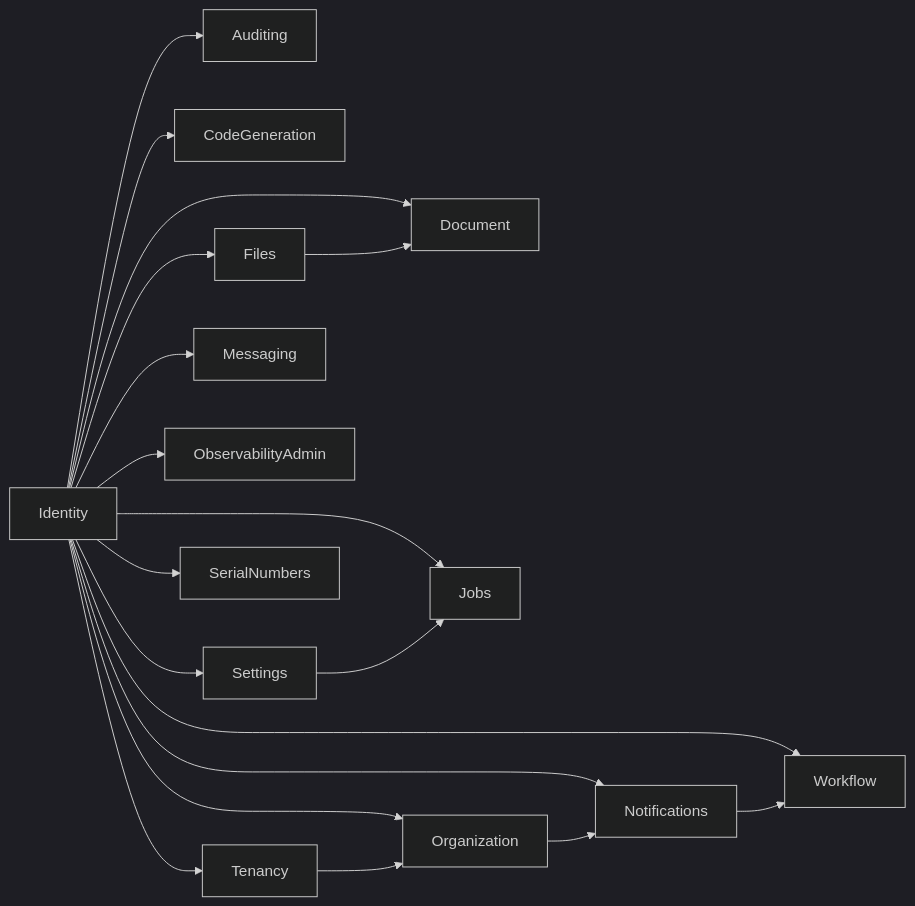
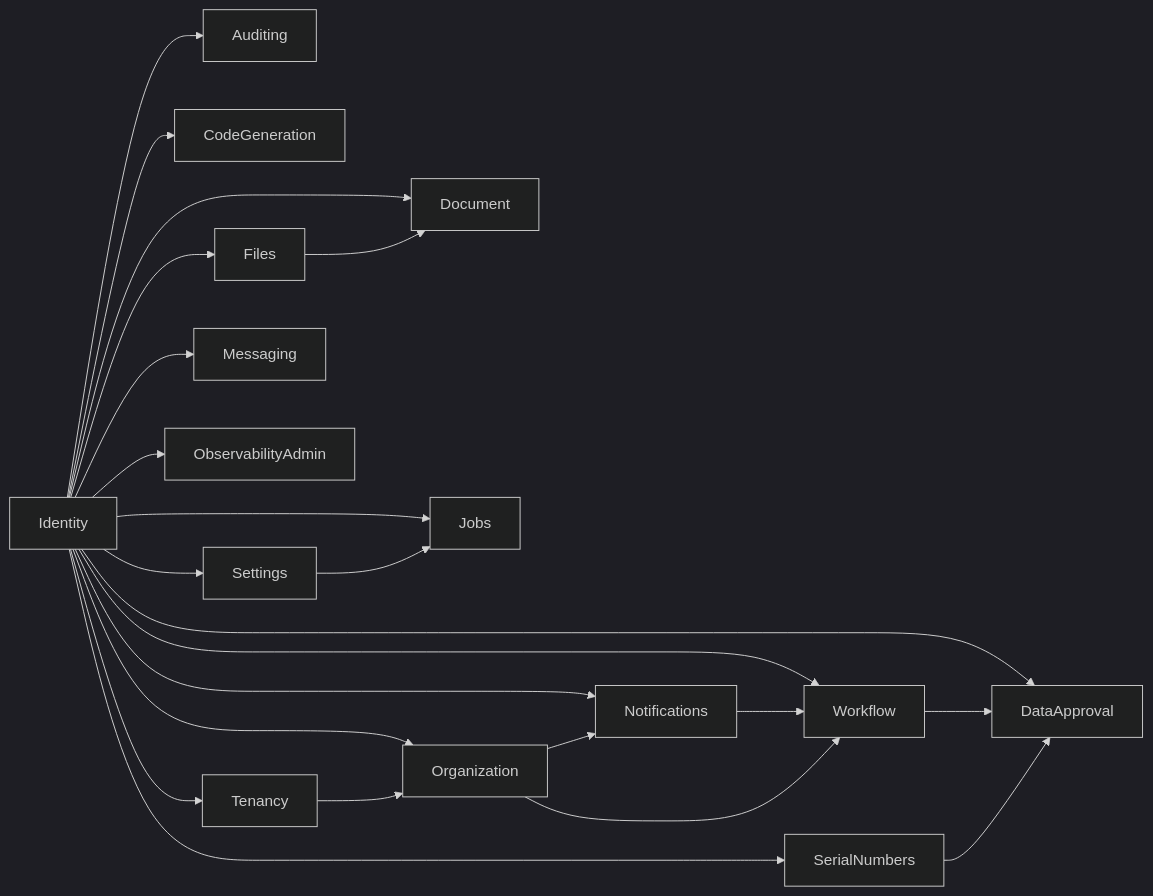
One commit to yan041108/Full.NET changed the diagram in docs/operations/module-dependency-graph.mmd. Above: the diagram before and after it, drawn with Mermaid (dark theme). The commit also changed 39 other files, not shown here.

Commit message:
fix: remediate fourteen-task architecture review

```diff
--- a/docs/operations/module-dependency-graph.mmd
+++ b/docs/operations/module-dependency-graph.mmd
@@ -1,21 +1,25 @@
 %% 自动生成：pnpm run generate:module-dependency-graph
 %% 源：src/Modules/*Module.cs IFullNetModule.Dependencies
 flowchart LR
   Identity --> Auditing
   Identity --> CodeGeneration
+  Identity --> DataApproval
+  Workflow --> DataApproval
+  SerialNumbers --> DataApproval
   Identity --> Document
   Files --> Document
   Identity --> Files
   Identity --> Jobs
   Settings --> Jobs
   Identity --> Messaging
   Identity --> Notifications
   Organization --> Notifications
   Identity --> ObservabilityAdmin
   Identity --> Organization
   Tenancy --> Organization
   Identity --> SerialNumbers
   Identity --> Settings
   Identity --> Tenancy
   Identity --> Workflow
   Notifications --> Workflow
+  Organization --> Workflow
```
